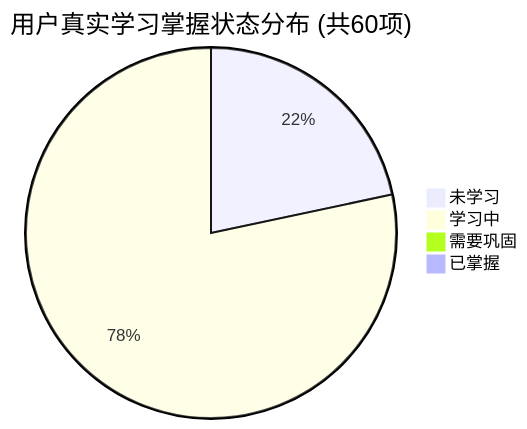
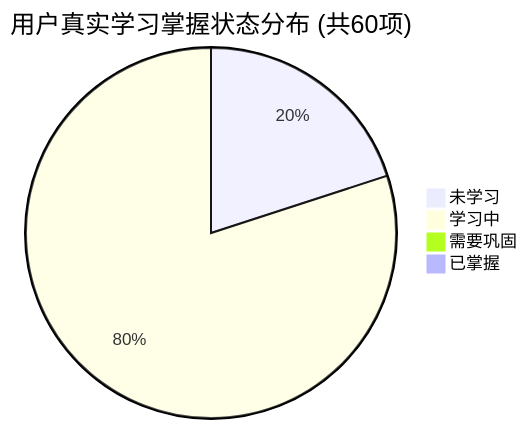
The first of 2 diagrams in PROGRESS.md (tieke1121/tech-interview-knowledge-base), drawn with Mermaid before and after one commit. The commit also changed other lines of this file and 1 other file, not shown here.

````diff
--- a/PROGRESS.md
+++ b/PROGRESS.md
@@ -27,7 +27,7 @@
 ```mermaid
 pie title 用户真实学习掌握状态分布 (共60项)
-    "未学习" : 13
-    "学习中" : 47
+    "未学习" : 12
+    "学习中" : 48
     "需要巩固" : 0
     "已掌握" : 0
 ```
````
